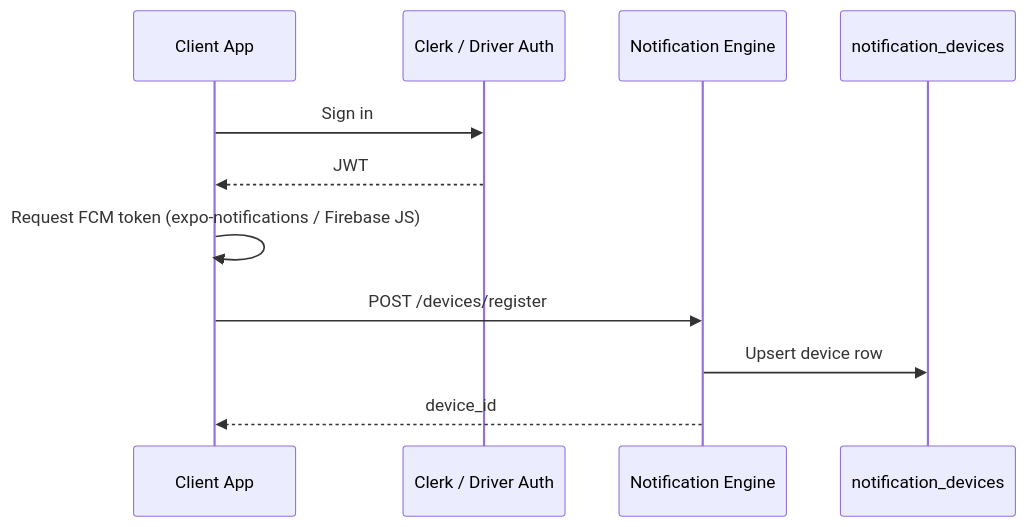
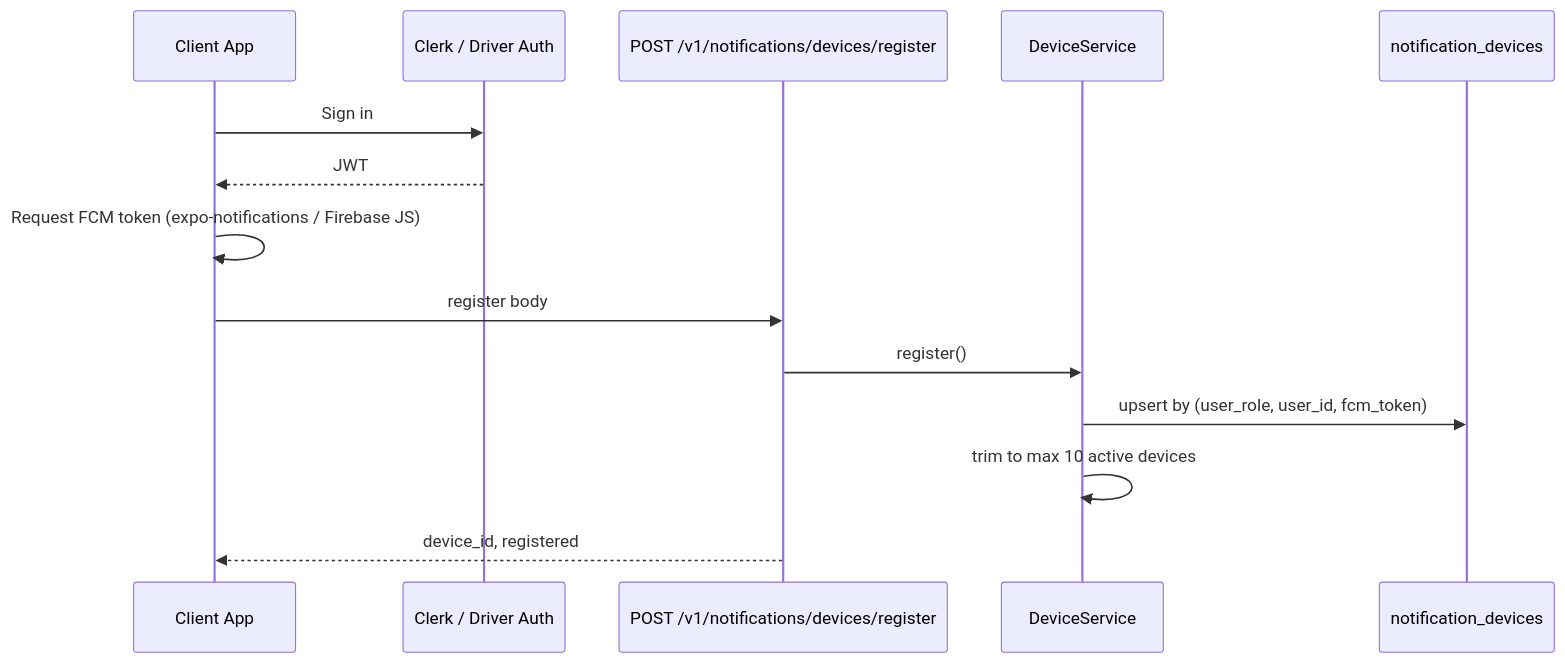
The diagram in docs/notifications/DEVICE_REGISTRATION_FLOW.md (PORTERCHAIN-INC/PCD), drawn with Mermaid before and after one commit. The commit also changed other lines of this file and 453 other files, not shown here.

````diff
--- a/docs/notifications/DEVICE_REGISTRATION_FLOW.md
+++ b/docs/notifications/DEVICE_REGISTRATION_FLOW.md
@@ -41,14 +63,17 @@
 ```mermaid
 sequenceDiagram
   participant App as Client App
   participant Auth as Clerk / Driver Auth
-  participant API as Notification Engine
+  participant API as POST /v1/notifications/devices/register
+  participant DS as DeviceService
   participant DB as notification_devices
 
   App->>Auth: Sign in
   Auth-->>App: JWT
   App->>App: Request FCM token (expo-notifications / Firebase JS)
-  App->>API: POST /devices/register
-  API->>DB: Upsert device row
-  API-->>App: device_id
+  App->>API: register body
+  API->>DS: register()
+  DS->>DB: upsert by (user_role, user_id, fcm_token)
+  DS->>DS: trim to max 10 active devices
+  API-->>App: device_id, registered
 ```
````
